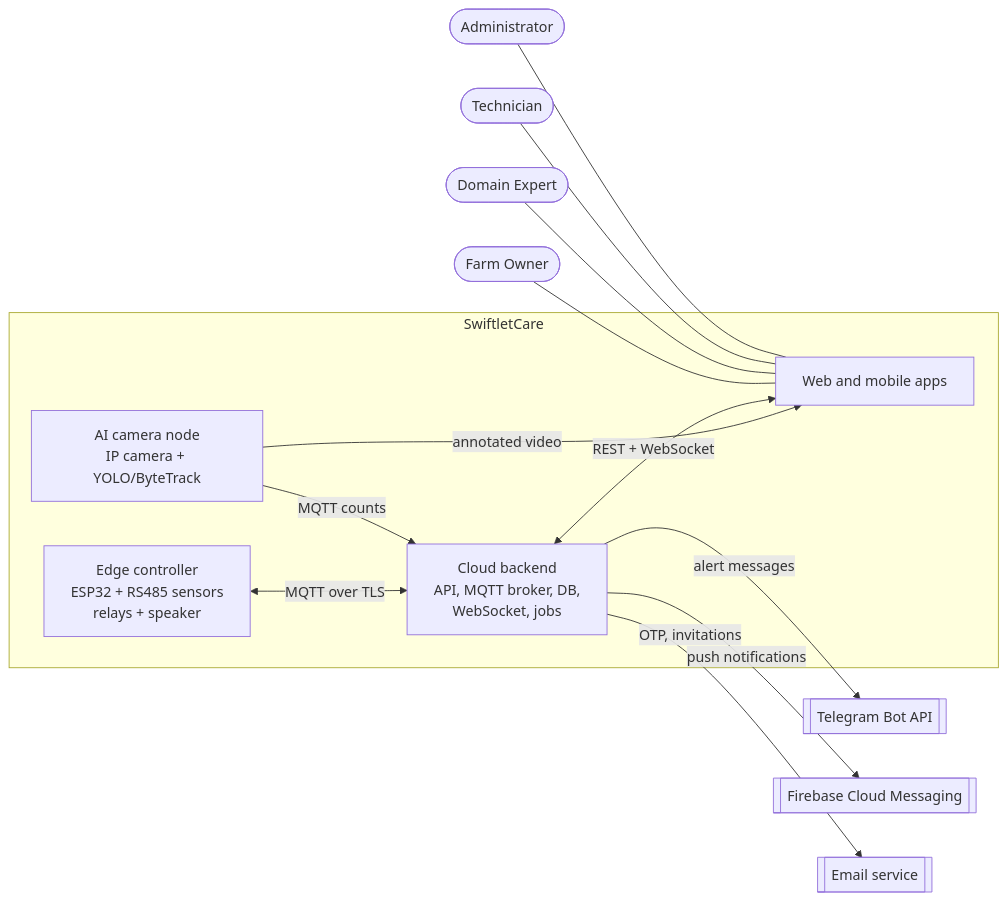
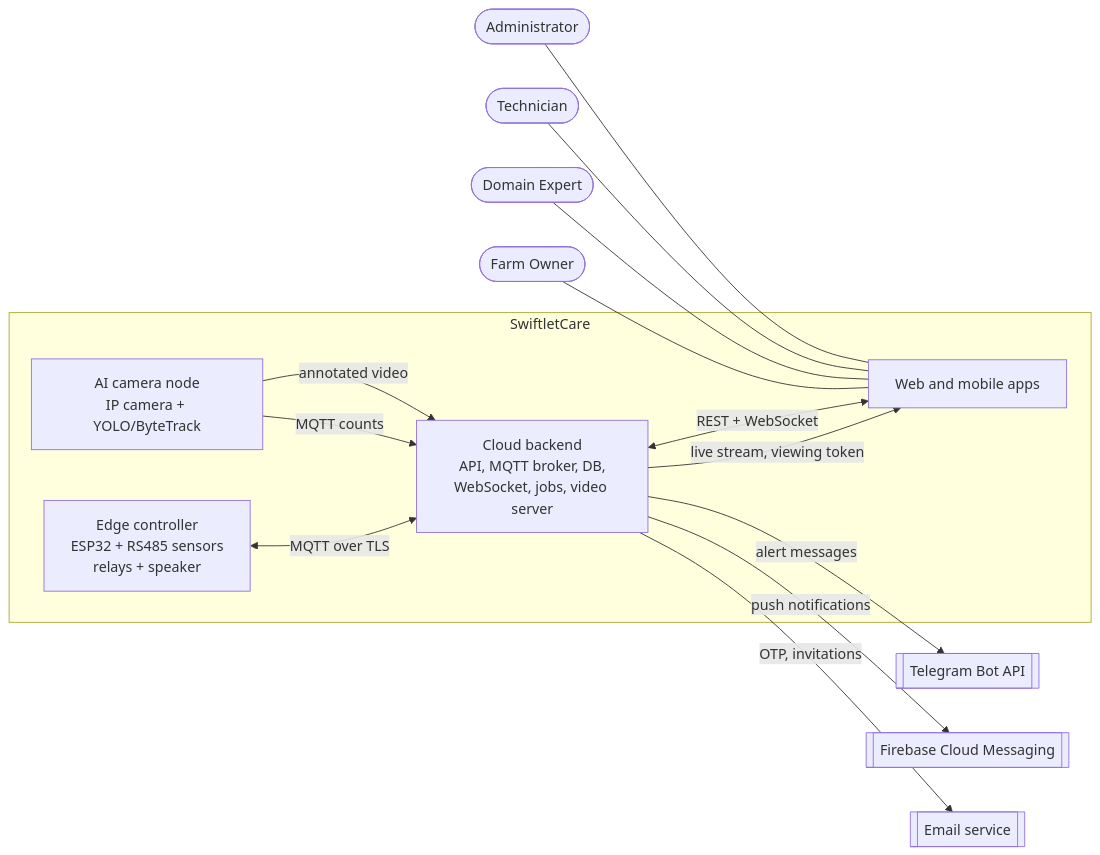
One commit to NBao261/SwiftletCare_KLTN changed the diagram in docs/reports/report3-srs.md. Above: the diagram before and after it, drawn with Mermaid. The commit also changed other lines of this file and 1 other file, not shown here.

````diff
--- a/docs/reports/report3-srs.md
+++ b/docs/reports/report3-srs.md
@@ -101,27 +102,28 @@
 ```mermaid
 flowchart LR
   FO([Farm Owner])
   DE([Domain Expert])
   TE([Technician])
   AD([Administrator])
   subgraph SC[SwiftletCare]
     ESP[Edge controller<br/>ESP32 + RS485 sensors<br/>relays + speaker]
     AI[AI camera node<br/>IP camera + YOLO/ByteTrack]
-    BE[Cloud backend<br/>API, MQTT broker, DB,<br/>WebSocket, jobs]
+    BE[Cloud backend<br/>API, MQTT broker, DB,<br/>WebSocket, jobs, video server]
     APP[Web and mobile apps]
   end
   TG[[Telegram Bot API]]
   FCM[[Firebase Cloud Messaging]]
   MAIL[[Email service]]
   ESP <-- MQTT over TLS --> BE
   AI -- MQTT counts --> BE
-  AI -- annotated video --> APP
+  AI -- annotated video --> BE
+  BE -- live stream, viewing token --> APP
   BE <-- REST + WebSocket --> APP
   BE -- alert messages --> TG
   BE -- push notifications --> FCM
   BE -- OTP, invitations --> MAIL
   FO --- APP
   DE --- APP
   TE --- APP
   AD --- APP
 ```
````
